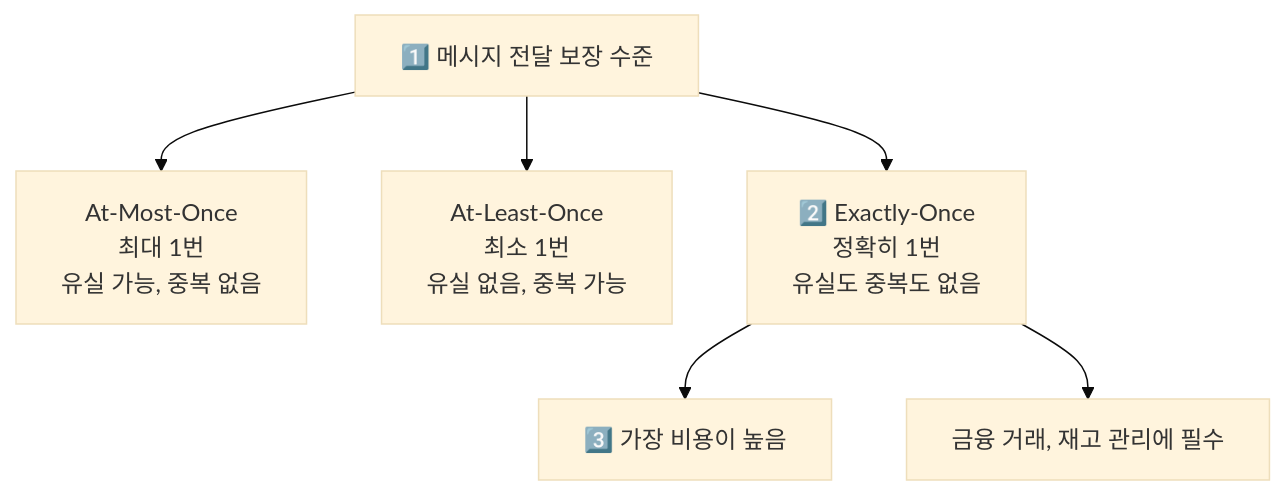
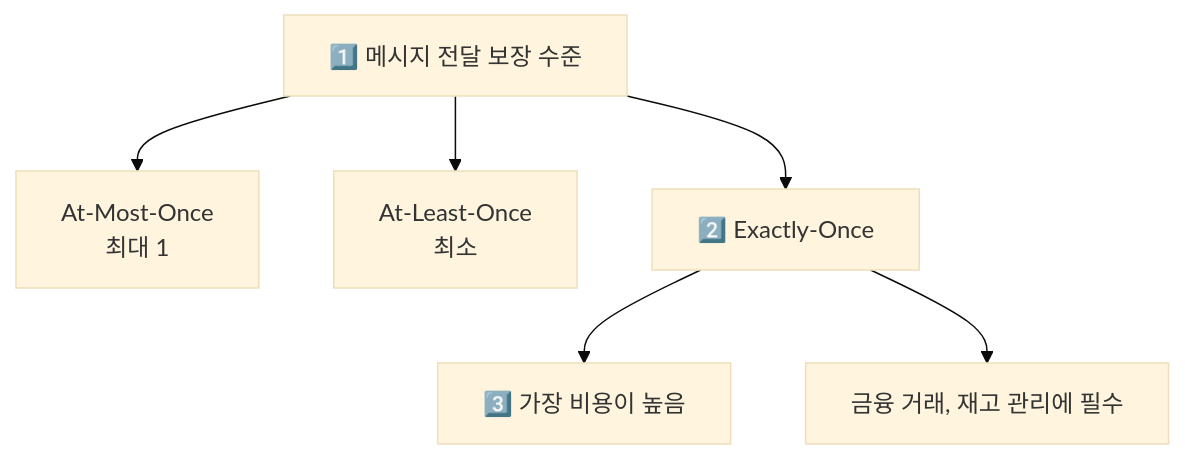
One commit to yjkim2015/yjkim2015.github.io changed the seventh of 12 diagrams in _posts/kafka/2026-05-02-kafka-deep.md. Above: the diagram before and after it, drawn with Mermaid (base theme). The commit also changed other lines of this file and 271 other files, not shown here.

First line of the commit message:
Mermaid 라벨 축소: 긴 노드 텍스트 18자 이하로 트림 + \n 제거

````diff
--- a/_posts/kafka/2026-05-02-kafka-deep.md
+++ b/_posts/kafka/2026-05-02-kafka-deep.md
@@ -340,9 +340,9 @@
 ```mermaid
 graph TD
     Semantics["1️⃣ 메시지 전달 보장 수준"]
-    Semantics --> AtMost["At-Most-Once\n최대 1번\n유실 가능, 중복 없음"]
-    Semantics --> AtLeast["At-Least-Once\n최소 1번\n유실 없음, 중복 가능"]
-    Semantics --> Exactly["2️⃣ Exactly-Once\n정확히 1번\n유실도 중복도 없음"]
+    Semantics --> AtMost["At-Most-Once\n최대 1"]
+    Semantics --> AtLeast["At-Least-Once\n최소"]
+    Semantics --> Exactly["2️⃣ Exactly-Once\n"]
     Exactly --> Cost["3️⃣ 가장 비용이 높음"]
     Exactly --> Use["금융 거래, 재고 관리에 필수"]
 ```
````
